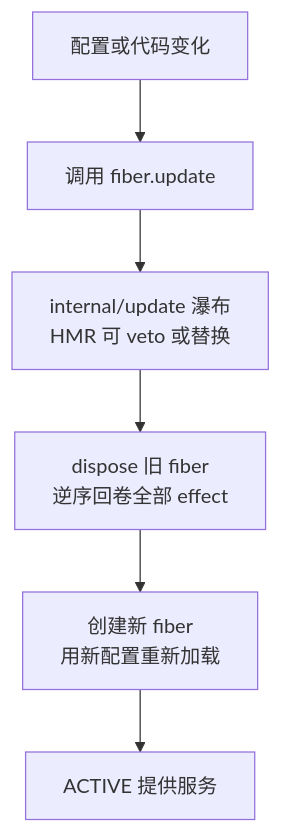
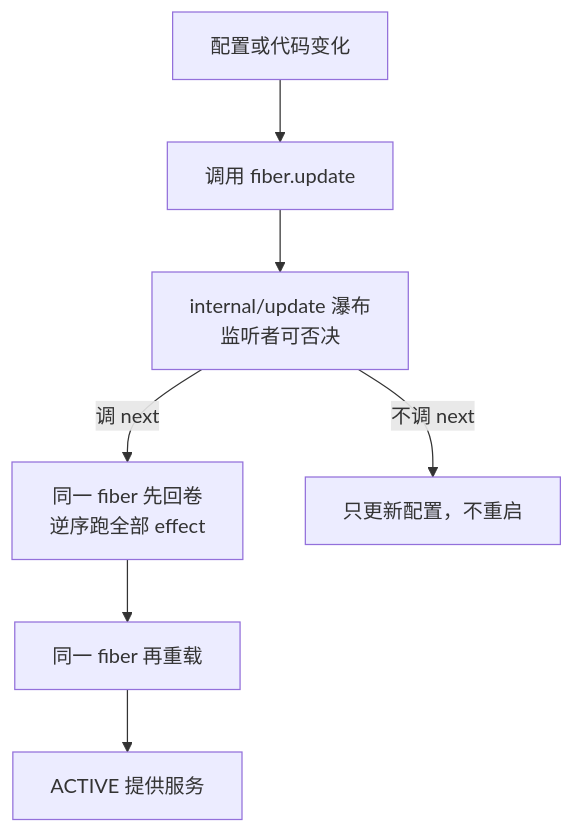
Before and after one commit to Chieko3020/Chieko3020.github.io: diagram 15 of 16 in source/_posts/DeepSeek Harness 简析.md, drawn with Mermaid. The commit also changed other lines of this file and 4 other files, not shown here.

Commit message:
更新：DeepSeek Harness 简析 升级到 0.2.2-rc.1（事件表、会话格式、preset、subagent 换轴），新增产品形态一节与四张配图

````diff
--- a/source/_posts/DeepSeek Harness 简析.md
+++ b/source/_posts/DeepSeek Harness 简析.md
@@ -1067,8 +1199,9 @@
 ```mermaid
 graph TB
     CHANGE[配置或代码变化] --> UPDATE[调用 fiber.update]
-    UPDATE --> WF[internal/update 瀑布<br/>HMR 可 veto 或替换]
-    WF --> DISPOSE[dispose 旧 fiber<br/>逆序回卷全部 effect]
-    DISPOSE --> NEW[创建新 fiber<br/>用新配置重新加载]
-    NEW --> ACTIVE[ACTIVE 提供服务]
+    UPDATE --> WF[internal/update 瀑布<br/>监听者可否决]
+    WF -->|调 next| DISPOSE[同一 fiber 先回卷<br/>逆序跑全部 effect]
+    DISPOSE --> RELOAD[同一 fiber 再重载]
+    RELOAD --> ACTIVE[ACTIVE 提供服务]
+    WF -->|不调 next| KEEP[只更新配置，不重启]
 ```
````
